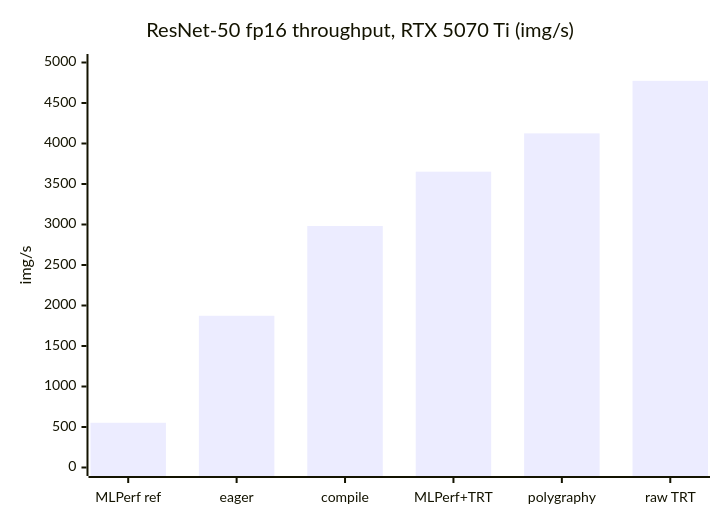
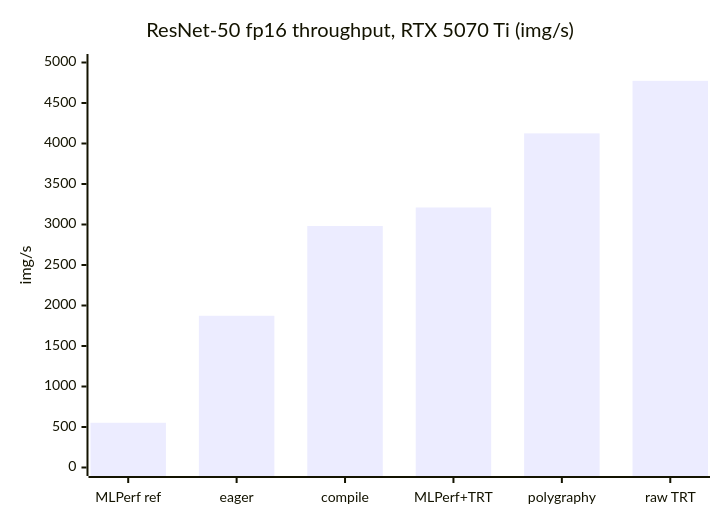
Before and after one commit to kurtvalcorza/inference-bench: the diagram in docs/results.md, drawn with Mermaid. The commit also changed other lines of this file and 32 other files, not shown here.

````diff
--- a/docs/results.md
+++ b/docs/results.md
@@ -31,7 +31,7 @@
 ```mermaid
 xychart-beta
     title "ResNet-50 fp16 throughput, RTX 5070 Ti (img/s)"
     x-axis ["MLPerf ref", "eager", "compile", "MLPerf+TRT", "polygraphy", "raw TRT"]
     y-axis "img/s" 0 --> 5000
-    bar [552, 1873, 2982, 3652, 4125, 4774]
+    bar [552, 1873, 2982, 3210, 4125, 4774]
 ```
````
